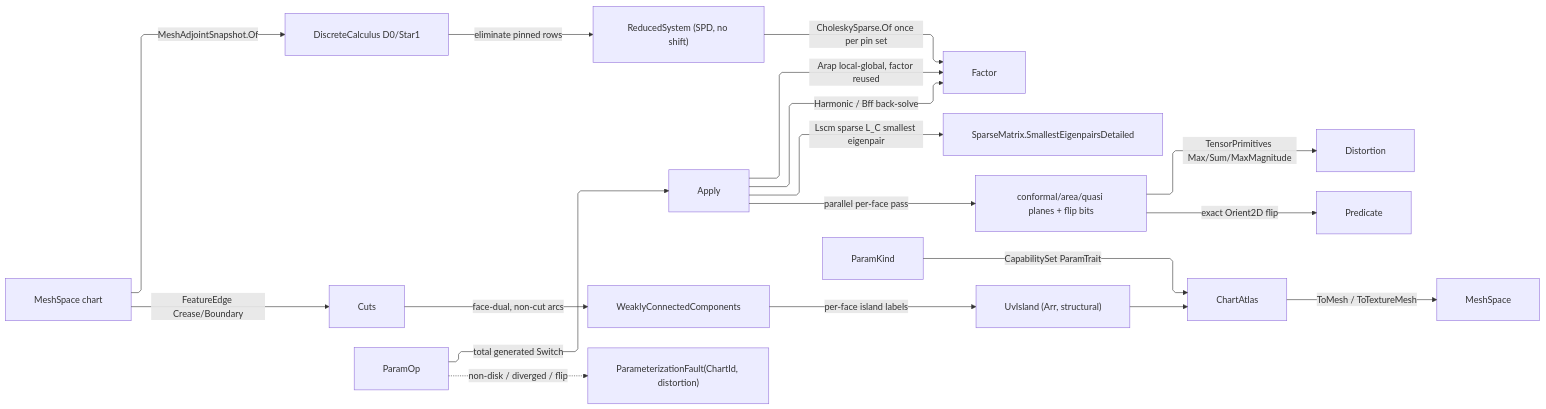
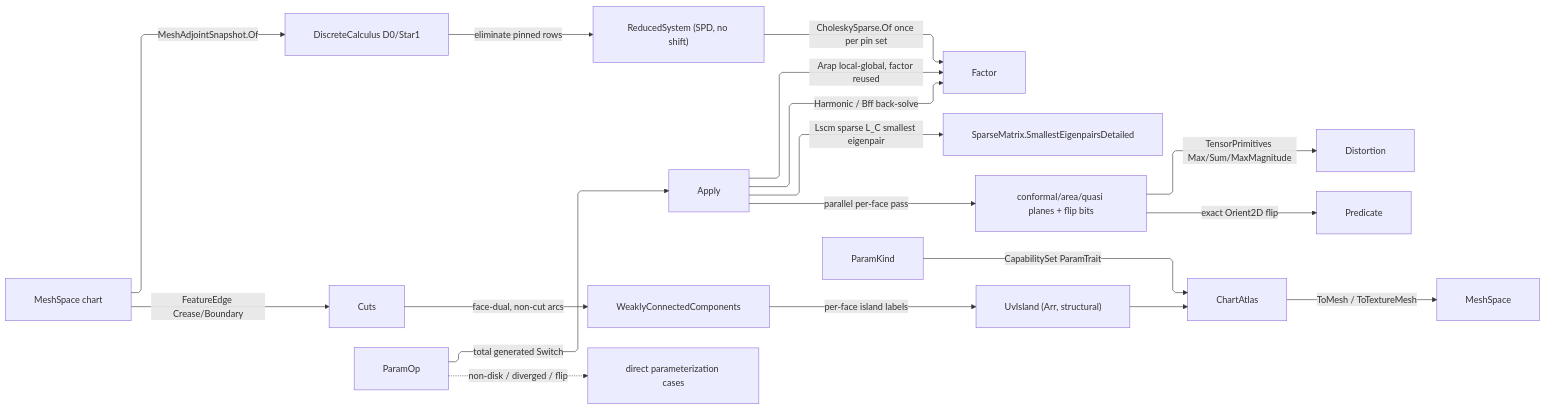
Before and after one commit to bsamiee/Rasm: the diagram in libs/dotnet/Rasm/.planning/Processing/flatten.md, drawn with Mermaid. The commit also changed other lines of this file and 99 other files, not shown here.

````diff
--- a/libs/dotnet/Rasm/.planning/Processing/flatten.md
+++ b/libs/dotnet/Rasm/.planning/Processing/flatten.md
@@ -777,29 +777,29 @@
 ```mermaid
 ---
 config:
   layout: elk
   flowchart:
     curve: linear
     padding: 25
 ---
 flowchart LR
     accTitle: Parameterization dispatch
     accDescr: ParamOp folds over the DEC substrate through the eliminated pinned solve into the content-keyed chart atlas.
     Chart["MeshSpace chart"] -->|MeshAdjointSnapshot.Of| DEC["DiscreteCalculus D0/Star1"]
     DEC -->|eliminate pinned rows| Reduced["ReducedSystem (SPD, no shift)"]
     Reduced -->|CholeskySparse.Of once per pin set| Factor
     Chart -->|FeatureEdge Crease/Boundary| Cuts
     ParamOp -->|total generated Switch| Apply
     Apply -->|Harmonic / Bff back-solve| Factor
     Apply -->|Lscm sparse L_C smallest eigenpair| Lobpcg["SparseMatrix.SmallestEigenpairsDetailed"]
     Apply -->|Arap local-global, factor reused| Factor
     Apply -->|parallel per-face pass| Distortion["conformal/area/quasi planes + flip bits"]
     Distortion -->|TensorPrimitives Max/Sum/MaxMagnitude| Measures["Distortion"]
     Distortion -->|exact Orient2D flip| Predicate
     Cuts -->|face-dual, non-cut arcs| QuikGraph["WeaklyConnectedComponents"]
     QuikGraph -->|per-face island labels| Islands["UvIsland (Arr, structural)"]
     Islands --> ChartAtlas
     ParamKind -->|CapabilitySet ParamTrait| ChartAtlas
     ChartAtlas -->|ToMesh / ToTextureMesh| MeshSpaceOut["MeshSpace"]
-    ParamOp -.->|non-disk / diverged / flip| GeometryFault["ParameterizationFault(ChartId, distortion)"]
+    ParamOp -.->|non-disk / diverged / flip| GeometryFault["direct parameterization cases"]
 ```
````
